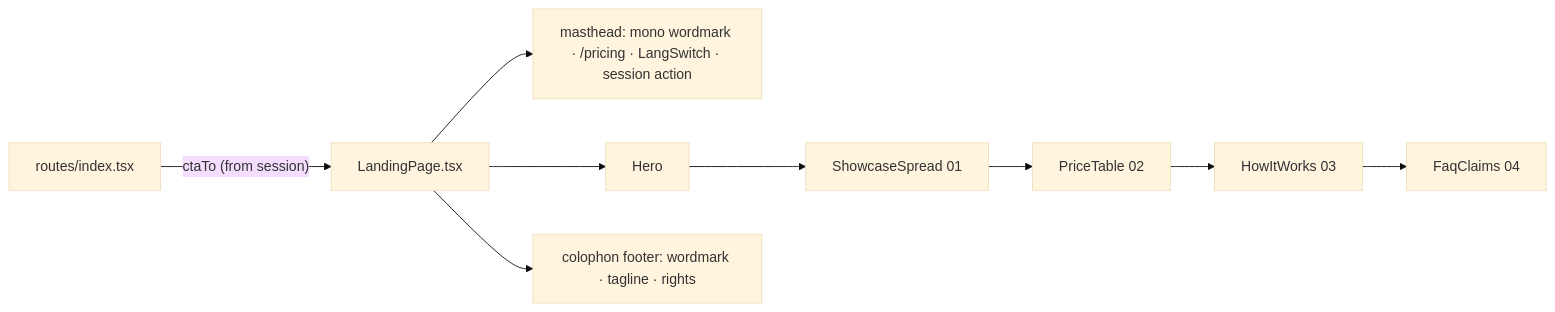
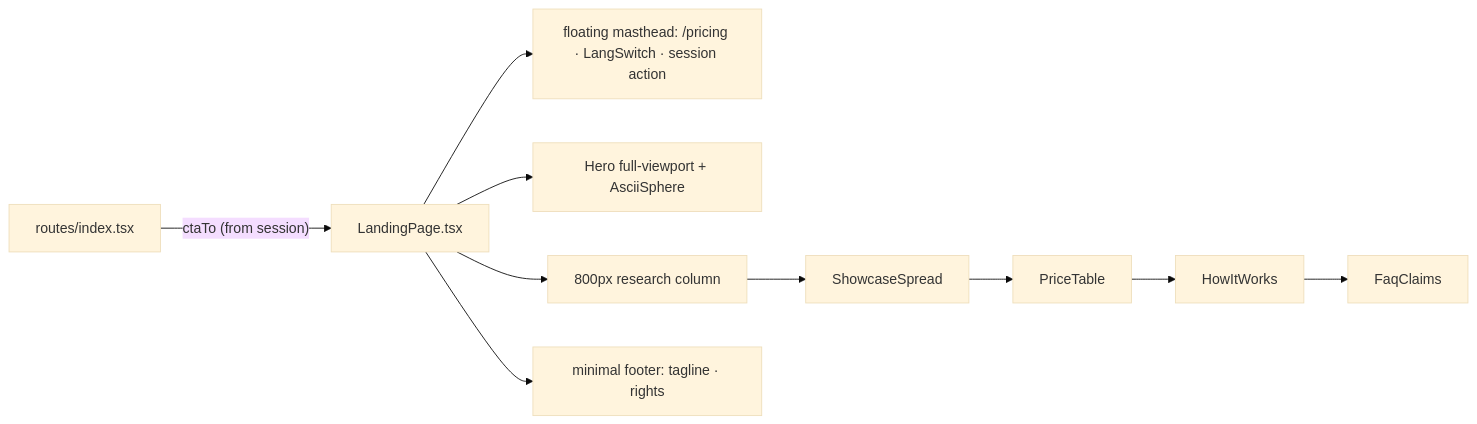
The diagram in apps/web/src/modules/Landing/components/LandingPage.tsx.md (AzamatRaimbekov2/openCreate), drawn with Mermaid (base theme) before and after one commit. The commit also changed other lines of this file and 40 other files, not shown here.

Commit message:
restyle(web): terminal landing with ascii-sphere hero + pricing

````diff
--- a/apps/web/src/modules/Landing/components/LandingPage.tsx.md
+++ b/apps/web/src/modules/Landing/components/LandingPage.tsx.md
@@ -30,7 +32,8 @@
 ```mermaid
 flowchart LR
   Route[routes/index.tsx] -- "ctaTo (from session)" --> LP[LandingPage.tsx]
-  LP --> TB[masthead: mono wordmark · /pricing · LangSwitch · session action]
-  LP --> H[Hero] --> SW[ShowcaseSpread 01] --> PT2[PriceTable 02] --> HIW[HowItWorks 03] --> FAQ[FaqClaims 04]
-  LP --> CF[colophon footer: wordmark · tagline · rights]
+  LP --> TB[floating masthead: /pricing · LangSwitch · session action]
+  LP --> H[Hero full-viewport + AsciiSphere]
+  LP --> COL[800px research column] --> SW[ShowcaseSpread] --> PT2[PriceTable] --> HIW[HowItWorks] --> FAQ[FaqClaims]
+  LP --> CF[minimal footer: tagline · rights]
 ```
````
